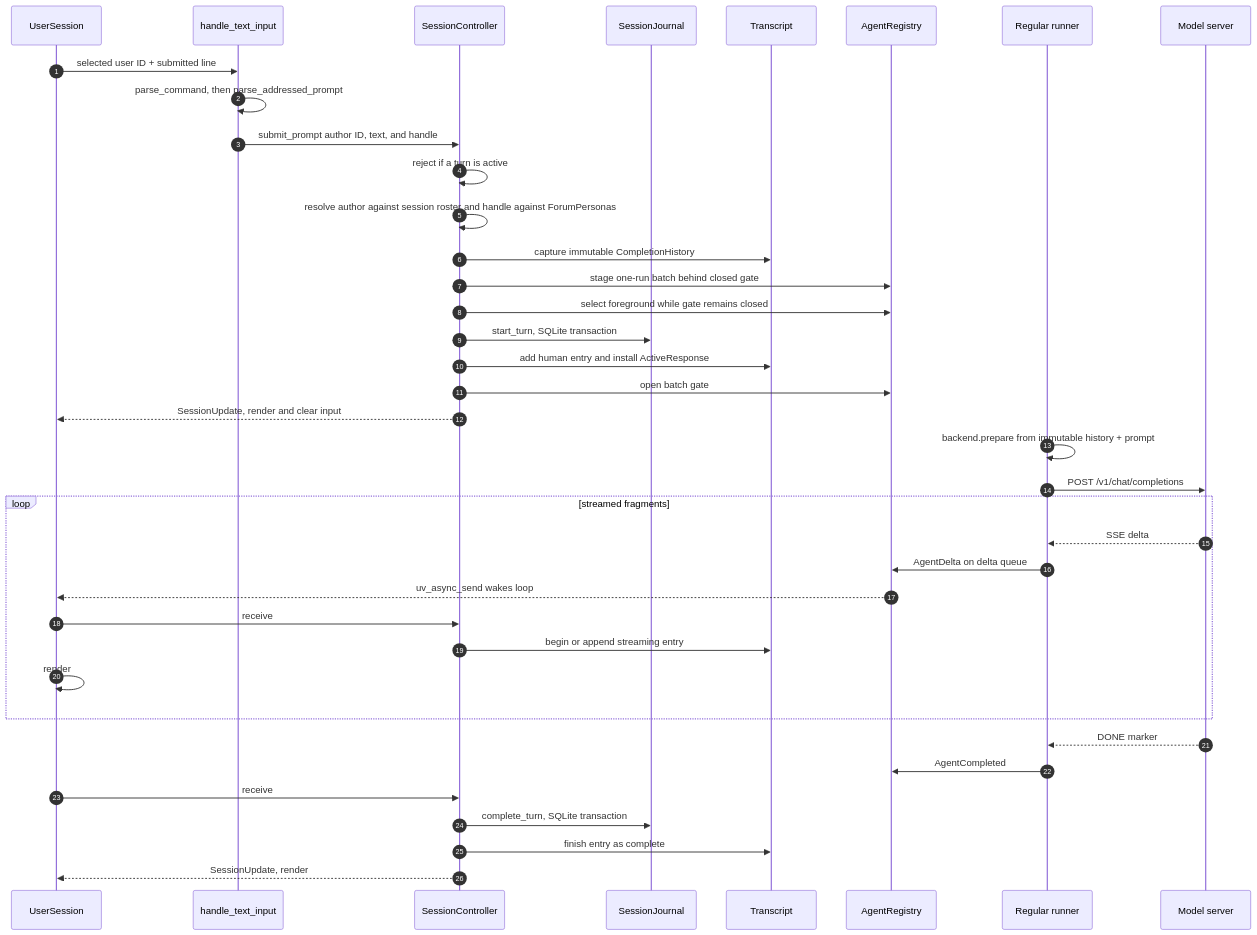
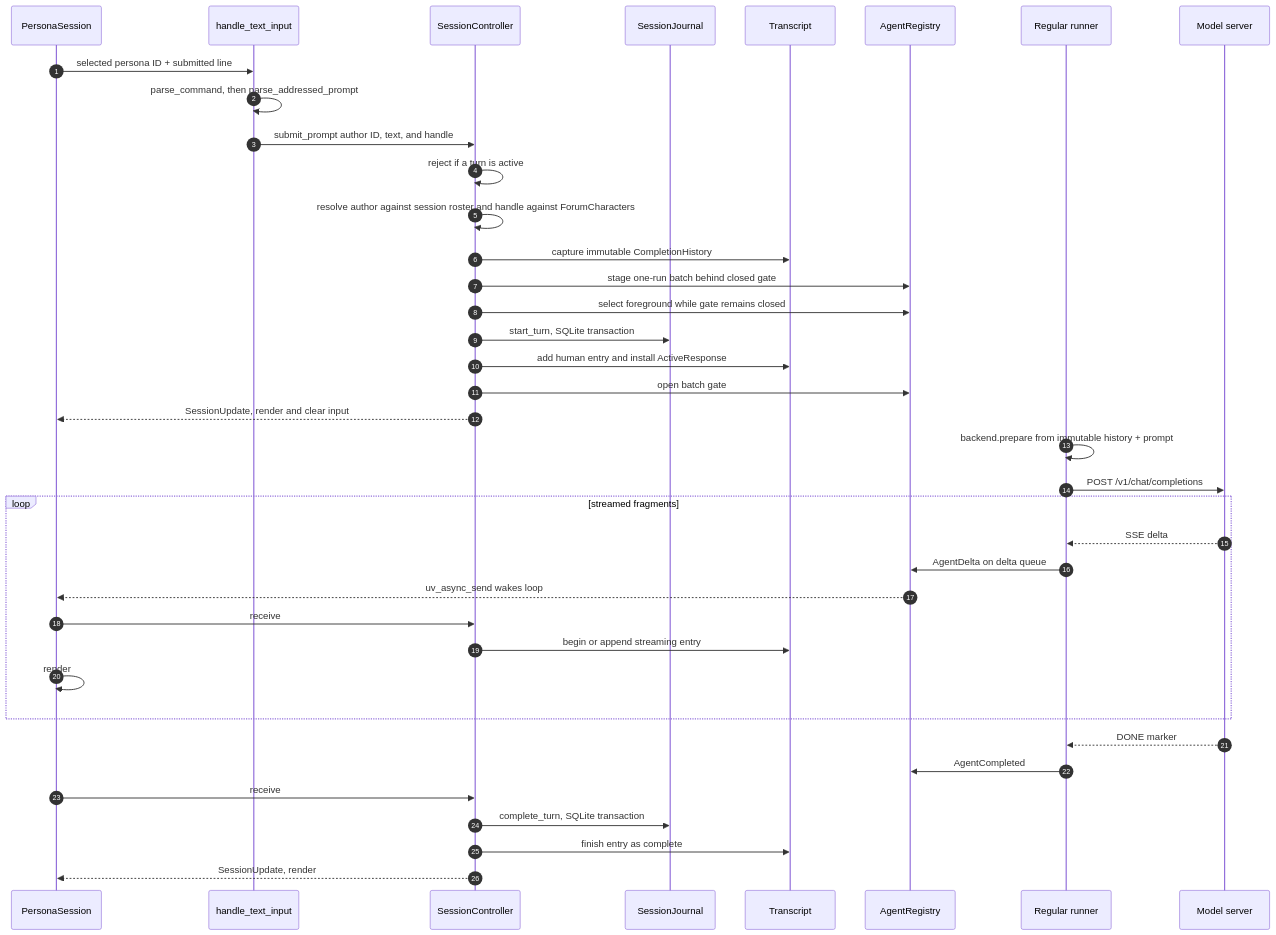
One commit to michaelpopov/cha changed the third of 4 diagrams in src/README.md. Above: the diagram before and after it, drawn with Mermaid. The commit also changed other lines of this file and 117 other files, not shown here.

````diff
--- a/src/README.md
+++ b/src/README.md
@@ -247,42 +247,42 @@
 ```mermaid
 sequenceDiagram
     autonumber
-    participant U as UserSession
+    participant U as PersonaSession
     participant T as handle_text_input
     participant C as SessionController
     participant J as SessionJournal
     participant V as Transcript
     participant G as AgentRegistry
     participant W as Regular runner
     participant P as Model server
 
-    U->>T: selected user ID + submitted line
+    U->>T: selected persona ID + submitted line
     T->>T: parse_command, then parse_addressed_prompt
     T->>C: submit_prompt author ID, text, and handle
     C->>C: reject if a turn is active
-    C->>C: resolve author against session roster and handle against ForumPersonas
+    C->>C: resolve author against session roster and handle against ForumCharacters
     C->>V: capture immutable CompletionHistory
     C->>G: stage one-run batch behind closed gate
     C->>G: select foreground while gate remains closed
     C->>J: start_turn, SQLite transaction
     C->>V: add human entry and install ActiveResponse
     C->>G: open batch gate
     C-->>U: SessionUpdate, render and clear input
 
     W->>W: backend.prepare from immutable history + prompt
     W->>P: POST /v1/chat/completions
     loop streamed fragments
         P-->>W: SSE delta
         W->>G: AgentDelta on delta queue
         G-->>U: uv_async_send wakes loop
         U->>C: receive
         C->>V: begin or append streaming entry
         U->>U: render
     end
     P-->>W: DONE marker
     W->>G: AgentCompleted
     U->>C: receive
     C->>J: complete_turn, SQLite transaction
     C->>V: finish entry as complete
     C-->>U: SessionUpdate, render
 ```
````
